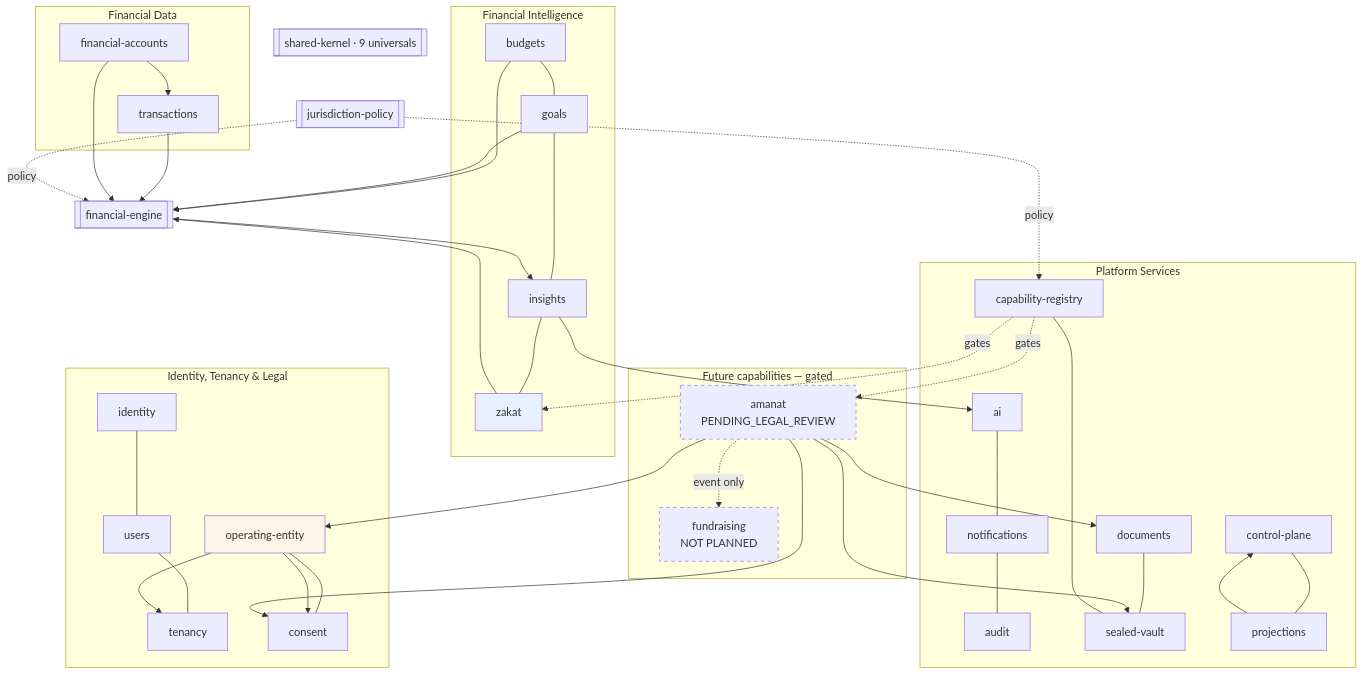
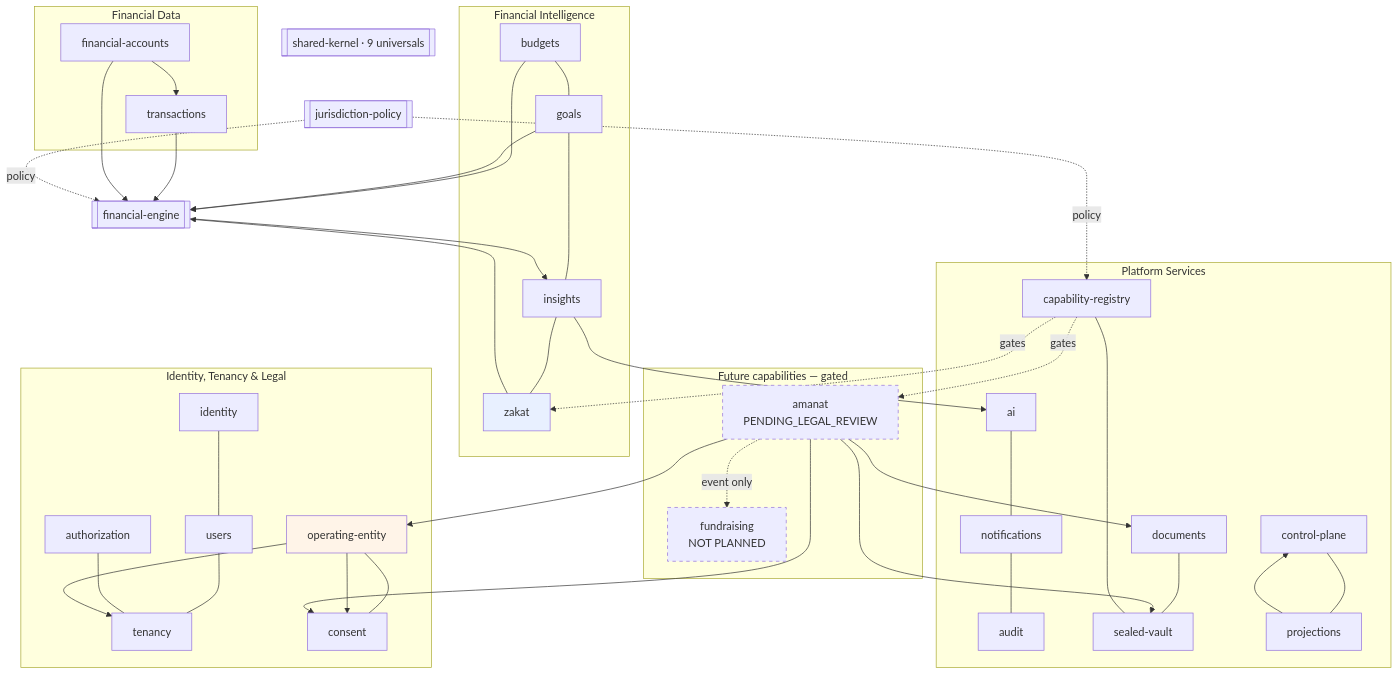
One commit to MoayadAlobaidi/Karar-Flutter-version changed the diagram in docs/architecture/capability-map.md. Above: the diagram before and after it, drawn with Mermaid. The commit also changed other lines of this file and 22 other files, not shown here.

````diff
--- a/docs/architecture/capability-map.md
+++ b/docs/architecture/capability-map.md
@@ -54,49 +55,50 @@
 ```mermaid
 graph TB
     SK[[shared-kernel · 9 universals]]
     JP[[jurisdiction-policy]]
     FE[[financial-engine]]
 
     subgraph "Identity, Tenancy & Legal"
         ID[identity] --- US[users] --- TN[tenancy]
+        AZ[authorization] --- TN
         OE[operating-entity] --- CO[consent]
     end
     subgraph "Financial Data"
         FA[financial-accounts] --> TX[transactions]
     end
     subgraph "Financial Intelligence"
         BU[budgets] --- GO[goals] --- IN[insights] --- ZK[zakat]
     end
     subgraph "Platform Services"
         AI[ai] --- NO[notifications] --- AU[audit]
         DOC[documents] --- VLT[sealed-vault] --- CAP[capability-registry]
         CP[control-plane] --- PRJ[projections]
     end
     subgraph "Future capabilities — gated"
         AM[amanat<br/>PENDING_LEGAL_REVIEW]
         FU[fundraising<br/>NOT PLANNED]
     end
 
     TX --> FE
     FA --> FE
     BU --> FE
     GO --> FE
     ZK --> FE
     FE --> IN --> AI
     OE --> CO
     OE --> TN
     AM --> VLT
     AM --> DOC
     AM --> CO
     AM --> OE
     AM -.event only.-> FU
     JP -.policy.-> FE
     JP -.policy.-> CAP
     CAP -.gates.-> AM
     CAP -.gates.-> ZK
     PRJ --> CP
     style AM stroke-dasharray: 5 5
     style FU stroke-dasharray: 5 5
     style OE fill:#fff4e8
     style ZK fill:#e8f0ff
 ```
````
